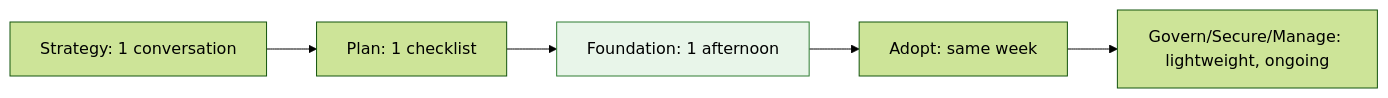
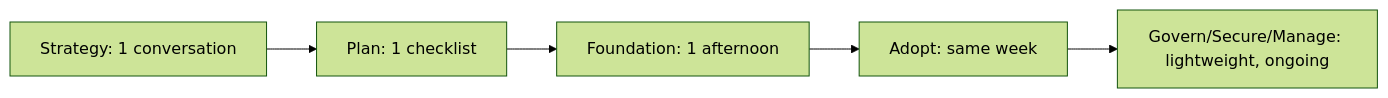
One commit to kevinevans1/cloudflare-adoption-framework changed the diagram in docs/scenarios/startup.md. Above: the diagram before and after it, drawn with Mermaid (forest theme). The commit also changed 12 other files, not shown here.

Commit message:
Remove hardcoded Mermaid node colors causing readability issues; let diagrams use Material's theme-aware rendering

````diff
--- a/docs/scenarios/startup.md
+++ b/docs/scenarios/startup.md
@@ -7,9 +7,8 @@
 ```mermaid
 flowchart LR
     A[Strategy: 1 conversation] --> B[Plan: 1 checklist]
     B --> C[Foundation: 1 afternoon]
     C --> D[Adopt: same week]
     D --> E[Govern/Secure/Manage: lightweight, ongoing]
 
-    style C fill:#e8f5e9,stroke:#2e7d32,stroke-width:1px
 ```
````
